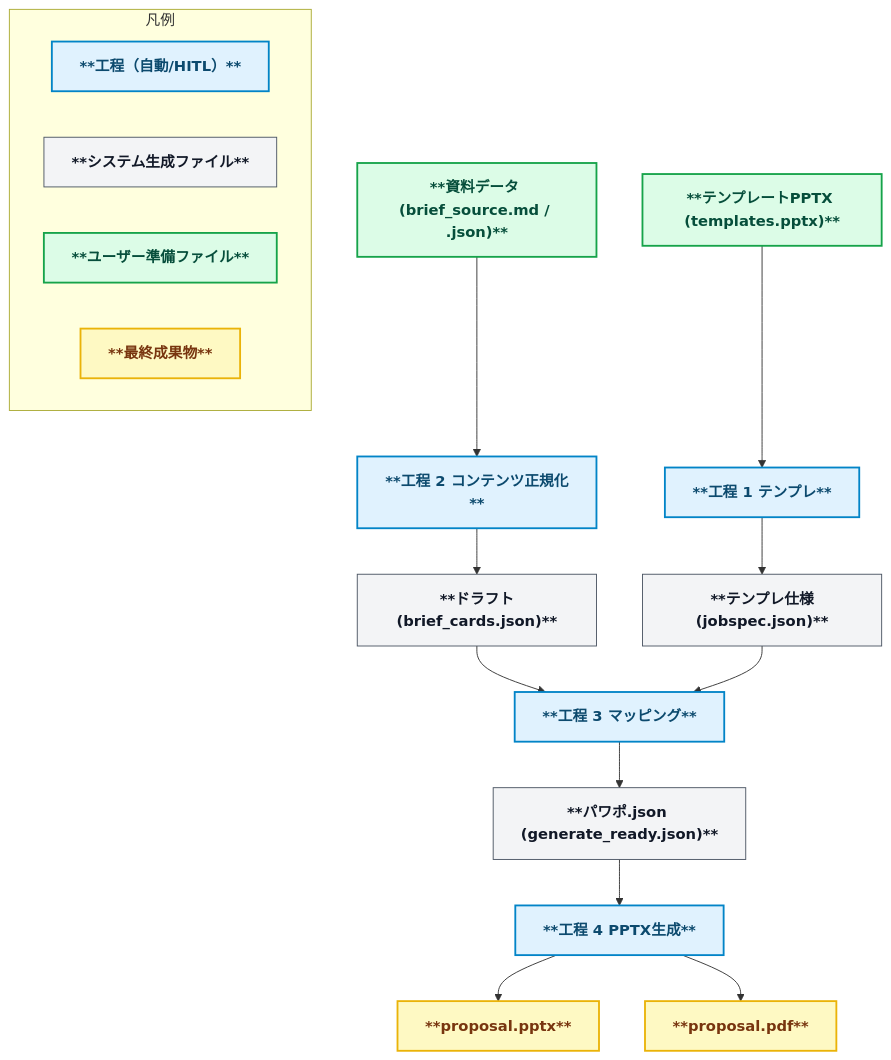
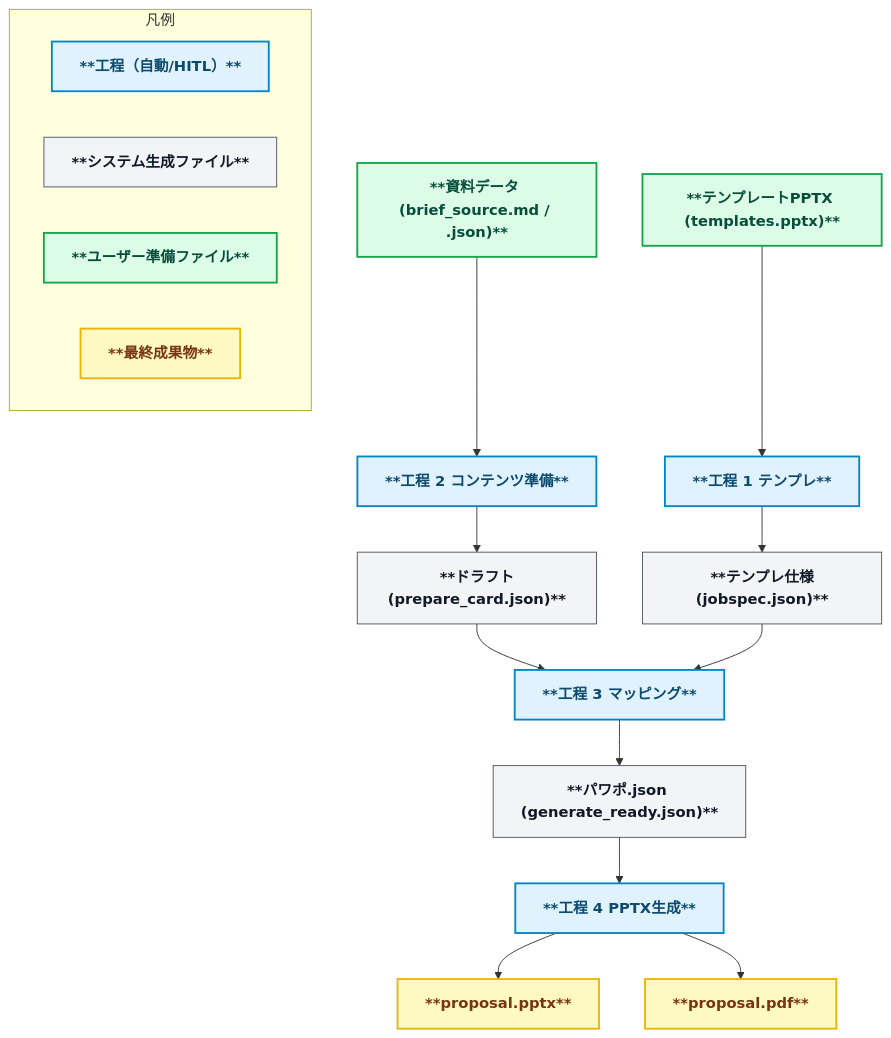
Before and after one commit to yurake/pptx_generator: the diagram in README.md, drawn with Mermaid. The commit also changed other lines of this file and 63 other files, not shown here.

Commit message:
feat(cli): rename content stage to prepare

````diff
--- a/README.md
+++ b/README.md
@@ -26,36 +26,36 @@
 ```mermaid
 flowchart TD
   %% ======= Styles =======
   classDef stage fill:#e0f2fe,stroke:#0284c7,stroke-width:2px,color:#0c4a6e,font-weight:bold;
   classDef file fill:#f3f4f6,stroke:#4b5563,stroke-width:1px,color:#111827,font-weight:bold;
   classDef userfile fill:#dcfce7,stroke:#16a34a,stroke-width:2px,color:#064e3b,font-weight:bold;
   classDef final fill:#fef9c3,stroke:#eab308,stroke-width:2px,color:#78350f,font-weight:bold;
 
   %% ======= Stage 1 =======
   Tmpl["**テンプレートPPTX (templates.pptx)**"]:::userfile --> S1["**工程 1 テンプレ**"]:::stage
   S1 --> Jobspec["**テンプレ仕様(jobspec.json)**"]:::file
 
   %% ======= Stage 2 =======
-  Brief["**資料データ (brief_source.md / .json)**"]:::userfile --> S2["**工程 2 コンテンツ正規化**"]:::stage
-  S2 --> BriefCards["**ドラフト(brief_cards.json)**"]:::file
+  Brief["**資料データ (brief_source.md / .json)**"]:::userfile --> S2["**工程 2 コンテンツ準備**"]:::stage
+  S2 --> BriefCards["**ドラフト(prepare_card.json)**"]:::file
   BriefCards --> S3
 
   %% ======= Stage 3 =======
   S3["**工程 3 マッピング**"]:::stage
   Jobspec --> S3
   S3 --> Ready["**パワポ.json (generate_ready.json)**"]:::file
 
   %% ======= Stage 4 =======
   Ready --> S4["**工程 4 PPTX生成**"]:::stage
   S4 --> PPTX["**proposal.pptx**"]:::final
   S4 --> PDF["**proposal.pdf**"]:::final
 
   %% ======= Legend =======
   subgraph Legend[凡例]
     direction LR
     A1["**工程（自動/HITL）**"]:::stage
     A2["**システム生成ファイル**"]:::file
     A3["**ユーザー準備ファイル**"]:::userfile
     A4["**最終成果物**"]:::final
   end
 ```
````
